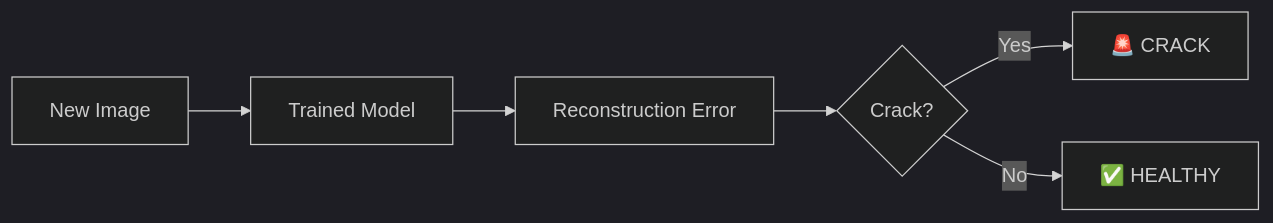
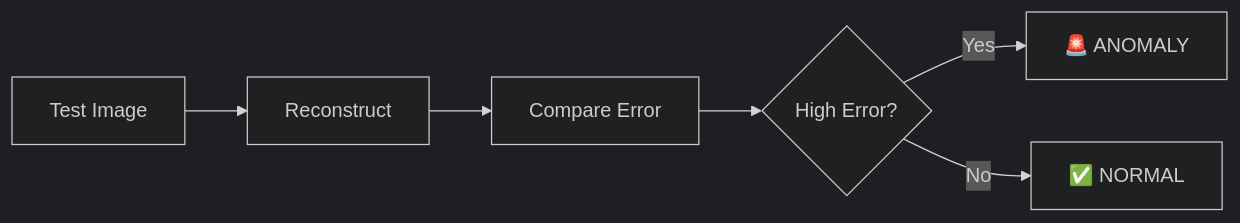
Before and after one commit to PratikNichite/Anomaly-Detection-for-Infrastructure-Monitoring: the second of 2 diagrams in readme.md, drawn with Mermaid (dark theme). The commit also changed other lines of this file, not shown here.

Commit message:
finish project

````diff
--- a/readme.md
+++ b/readme.md
@@ -40,6 +40,6 @@
 ```mermaid
 graph LR
-    D[New Image] --> E[Trained Model] --> F[Reconstruction Error] --> G{Crack?}
-    G -->|Yes| H[🚨 CRACK]
-    G -->|No| I[✅ HEALTHY]
+    E[Test Image] --> F[Reconstruct] --> G[Compare Error] --> H{High Error?}
+    H -->|Yes| I[🚨 ANOMALY]
+    H -->|No| J[✅ NORMAL]
 ```
````
